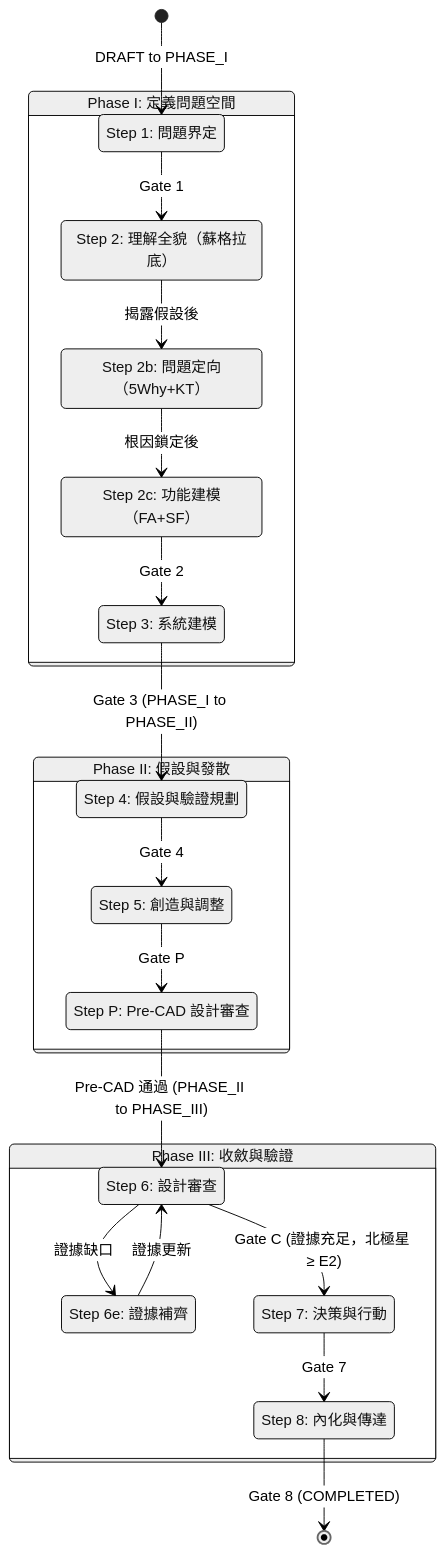
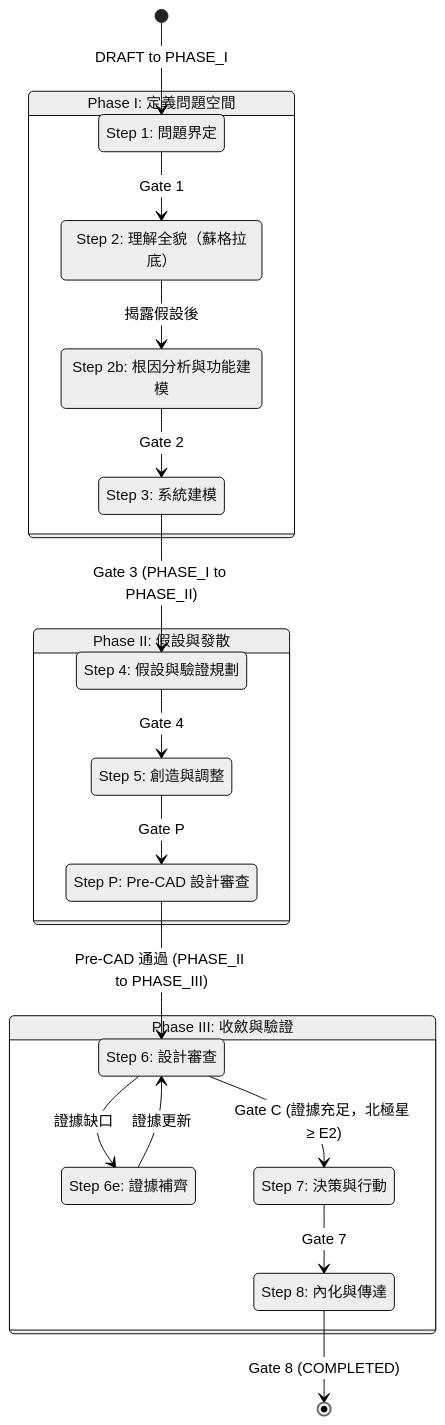
The first of 3 diagrams in docs/01-define/diagrams/appendix-d--state-machine.md (Zenobia0000/RD_copilot_system), drawn with Mermaid before and after one commit. The commit also changed other lines of this file and 77 other files, not shown here.

````diff
--- a/docs/01-define/diagrams/appendix-d--state-machine.md
+++ b/docs/01-define/diagrams/appendix-d--state-machine.md
@@ -37,41 +34,39 @@
 ```mermaid
 %%{init: {'theme': 'neutral'}}%%
 stateDiagram-v2
     state "Phase I: 定義問題空間" as PhaseI {
         state "Step 1: 問題界定" as S1
         state "Step 2: 理解全貌（蘇格拉底）" as S2
-        state "Step 2b: 問題定向（5Why+KT）" as S2b
-        state "Step 2c: 功能建模（FA+SF）" as S2c
+        state "Step 2b: 根因分析與功能建模" as S2b
         state "Step 3: 系統建模" as S3
 
         S1 --> S2 : Gate 1
         S2 --> S2b : 揭露假設後
-        S2b --> S2c : 根因鎖定後
-        S2c --> S3 : Gate 2
+        S2b --> S3 : Gate 2
     }
 
     state "Phase II: 假設與發散" as PhaseII {
         state "Step 4: 假設與驗證規劃" as S4
         state "Step 5: 創造與調整" as S5
         state "Step P: Pre-CAD 設計審查" as S_P
         S4 --> S5 : Gate 4
         S5 --> S_P : Gate P
     }
 
     state "Phase III: 收斂與驗證" as PhaseIII {
         state "Step 6: 設計審查" as S6
         state "Step 6e: 證據補齊" as S6e
         state "Step 7: 決策與行動" as S7
         state "Step 8: 內化與傳達" as S8
 
         S6 --> S6e : 證據缺口
         S6e --> S6 : 證據更新
         S6 --> S7 : Gate C (證據充足，北極星 ≥ E2)
         S7 --> S8 : Gate 7
     }
 
     [*] --> S1 : DRAFT to PHASE_I
     S3 --> S4 : Gate 3 (PHASE_I to PHASE_II)
     S_P --> S6 : Pre-CAD 通過 (PHASE_II to PHASE_III)
     S8 --> [*] : Gate 8 (COMPLETED)
 ```
````
